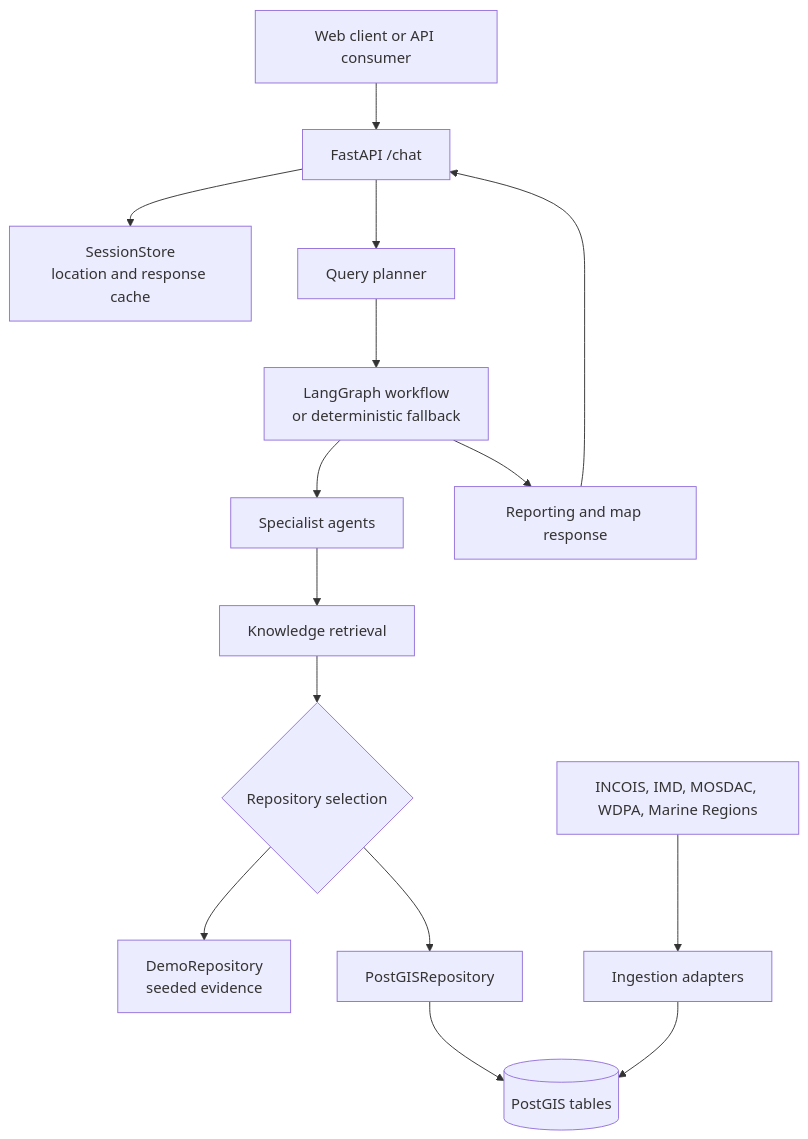
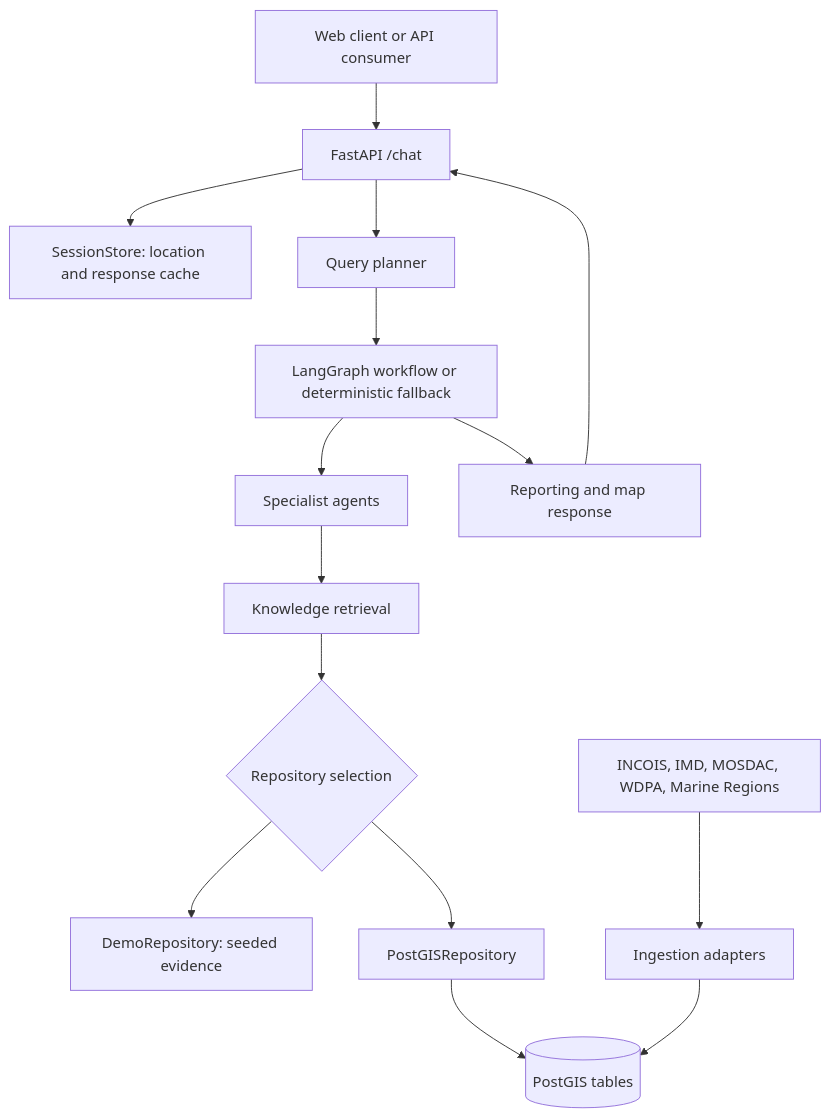
The diagram in README.md (grvwrk/orca-marine-eco-agent), drawn with Mermaid before and after one commit. The commit also changed other lines of this file, not shown here.

````diff
--- a/README.md
+++ b/README.md
@@ -28,17 +13,17 @@
 ```mermaid
 flowchart TD
 	Client[Web client or API consumer] --> API[FastAPI /chat]
-	API --> Session[SessionStore\nlocation and response cache]
+	API --> Session[SessionStore: location and response cache]
 	API --> Planner[Query planner]
-	Planner --> Graph[LangGraph workflow\nor deterministic fallback]
+	Planner --> Graph[LangGraph workflow or deterministic fallback]
 	Graph --> Agents[Specialist agents]
 	Agents --> Retrieval[Knowledge retrieval]
 	Retrieval --> Repo{Repository selection}
-	Repo --> Demo[DemoRepository\nseeded evidence]
+	Repo --> Demo[DemoRepository: seeded evidence]
 	Repo --> PostGIS[PostGISRepository]
 	PostGIS --> Tables[(PostGIS tables)]
 	Graph --> Report[Reporting and map response]
 	Report --> API
 	Sources[INCOIS, IMD, MOSDAC, WDPA, Marine Regions] --> Ingestion[Ingestion adapters]
 	Ingestion --> Tables
 ```
````
